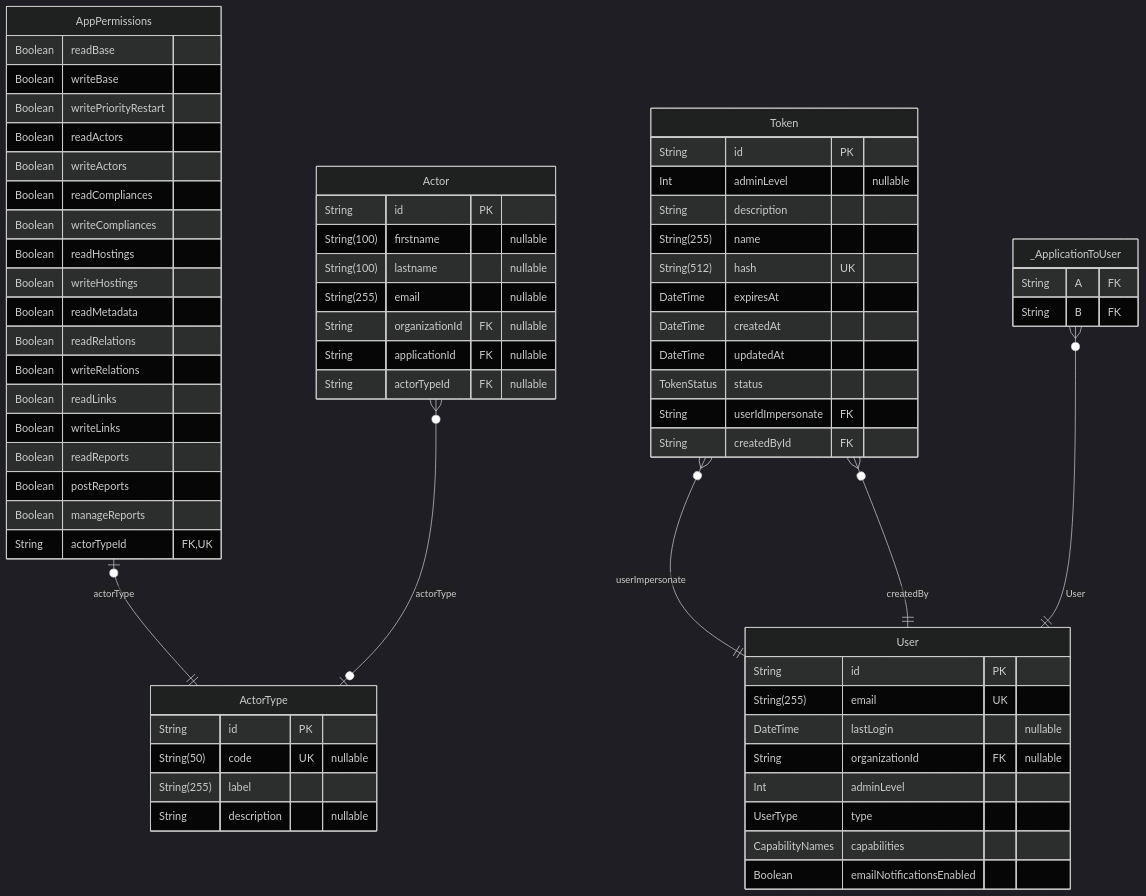
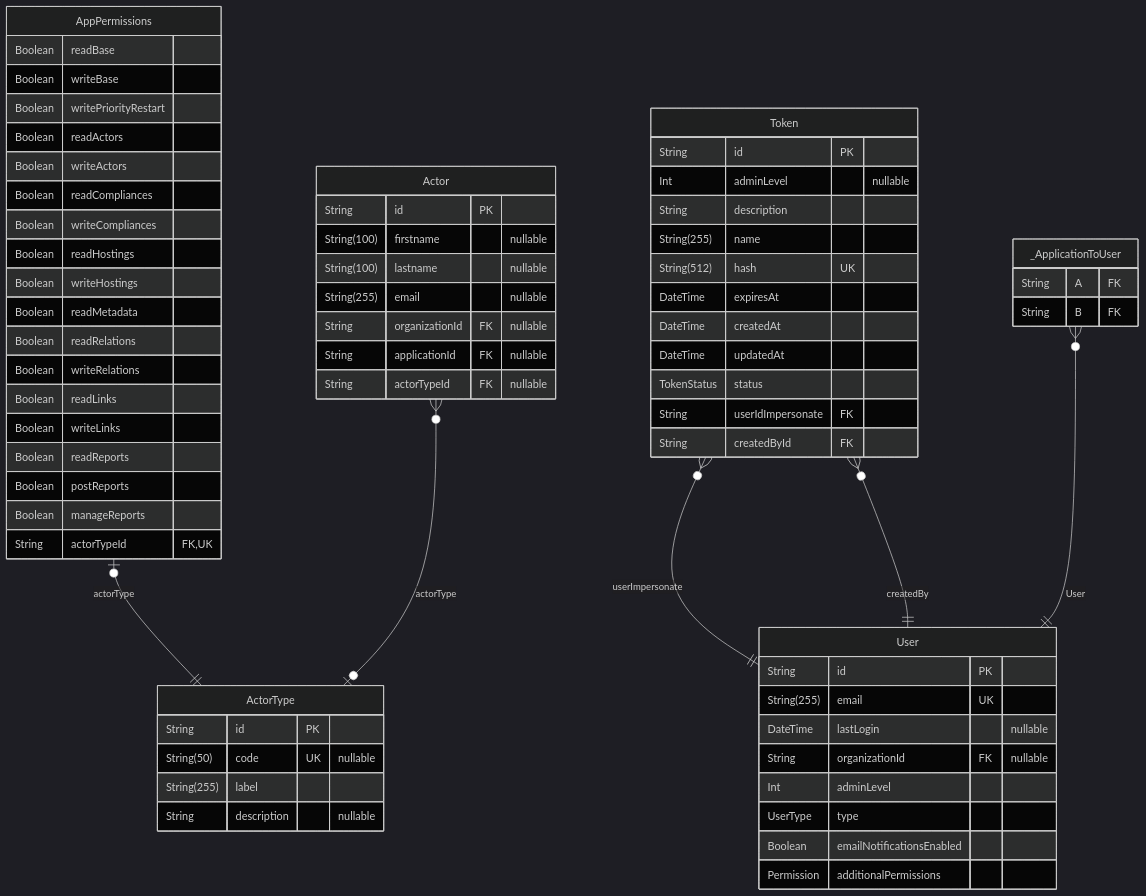
The tenth of 12 diagrams in backend/prisma/docs/schema.md (dnum-mi/referentiel-applications), drawn with Mermaid (dark theme) before and after one commit. The commit also changed other lines of this file and 83 other files, not shown here.

````diff
--- a/backend/prisma/docs/schema.md
+++ b/backend/prisma/docs/schema.md
@@ -545,70 +545,70 @@
 ```mermaid
 erDiagram
 "AppPermissions" {
   Boolean readBase
   Boolean writeBase
   Boolean writePriorityRestart
   Boolean readActors
   Boolean writeActors
   Boolean readCompliances
   Boolean writeCompliances
   Boolean readHostings
   Boolean writeHostings
   Boolean readMetadata
   Boolean readRelations
   Boolean writeRelations
   Boolean readLinks
   Boolean writeLinks
   Boolean readReports
   Boolean postReports
   Boolean manageReports
   String actorTypeId FK,UK
 }
 "Token" {
   String id PK
   Int adminLevel "nullable"
   String description
   String(255) name
   String(512) hash UK
   DateTime expiresAt
   DateTime createdAt
   DateTime updatedAt
   TokenStatus status
   String userIdImpersonate FK
   String createdById FK
 }
 "User" {
   String id PK
   String(255) email UK
   DateTime lastLogin "nullable"
   String organizationId FK "nullable"
   Int adminLevel
   UserType type
-  CapabilityNames capabilities
   Boolean emailNotificationsEnabled
+  Permission additionalPermissions
 }
 "Actor" {
   String id PK
   String(100) firstname "nullable"
   String(100) lastname "nullable"
   String(255) email "nullable"
   String organizationId FK "nullable"
   String applicationId FK "nullable"
   String actorTypeId FK "nullable"
 }
 "ActorType" {
   String id PK
   String(50) code UK "nullable"
   String(255) label
   String description "nullable"
 }
 "_ApplicationToUser" {
   String A FK
   String B FK
 }
 "AppPermissions" |o--|| "ActorType" : actorType
 "Token" }o--|| "User" : userImpersonate
 "Token" }o--|| "User" : createdBy
 "Actor" }o--o| "ActorType" : actorType
 "_ApplicationToUser" }o--|| "User" : User
 ```
````
